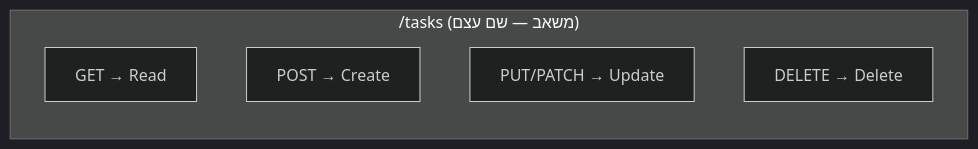
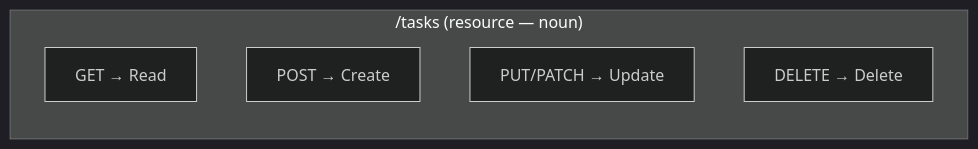
Before and after one commit to neriyaMalachi/FullStack_kodkode_5: the diagram in content/docs/server/37-rest-api-content.md, drawn with Mermaid (dark theme). The commit also changed other lines of this file and 117 other files, not shown here.

````diff
--- a/content/docs/server/37-rest-api-content.md
+++ b/content/docs/server/37-rest-api-content.md
@@ -47,10 +47,10 @@
 ```mermaid
 flowchart RL
-    subgraph Resource["/tasks (משאב — שם עצם)"]
+    subgraph Resource["/tasks (resource — noun)"]
         direction TB
         G["GET → Read"]
         P["POST → Create"]
         U["PUT/PATCH → Update"]
         D["DELETE → Delete"]
     end
 ```
````
